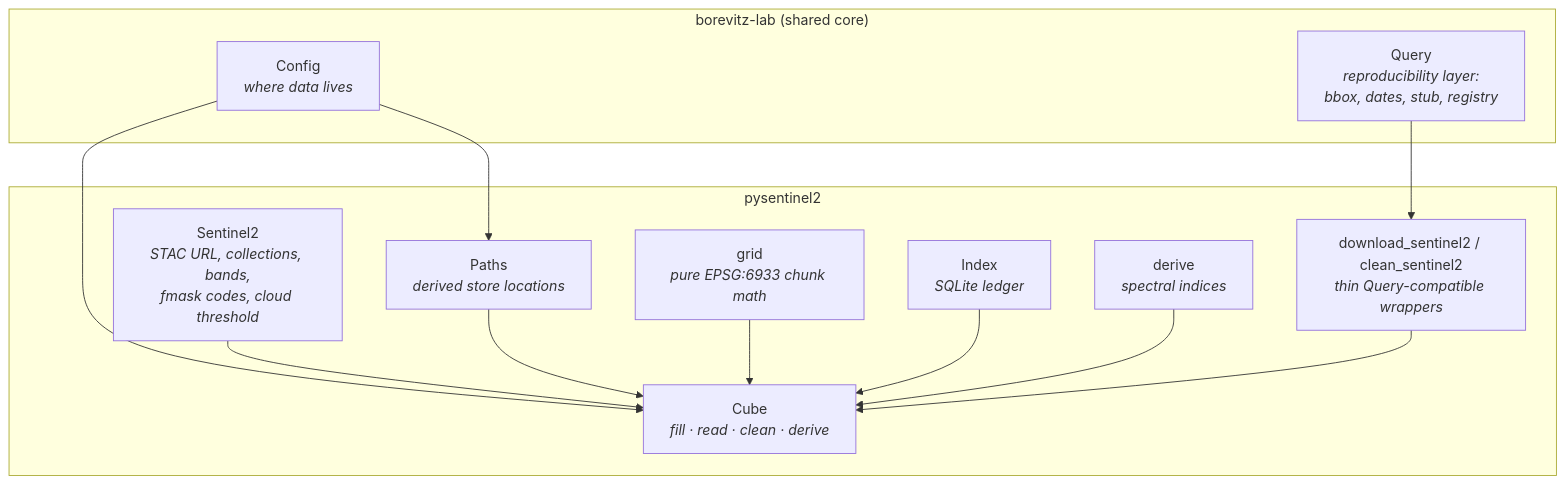
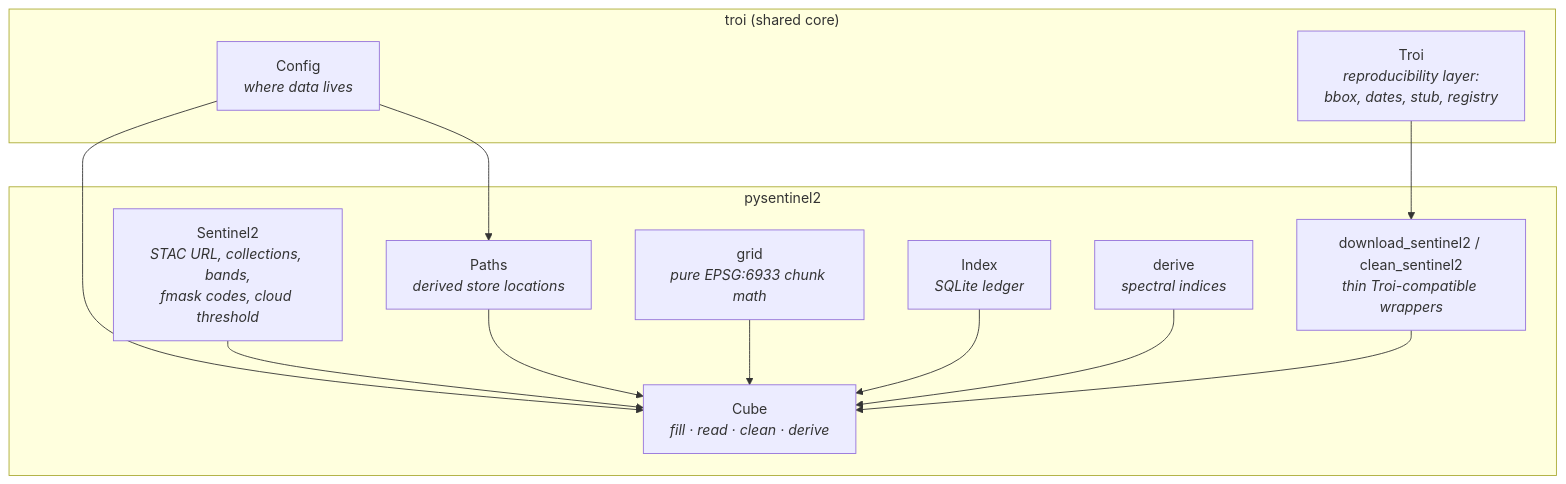
Before and after one commit to thestochasticman/pysentinel2: the first of 2 diagrams in docs/architecture.md, drawn with Mermaid. The commit also changed other lines of this file and 12 other files, not shown here.

First line of the commit message:
Adopt troi: borevitz_lab.Query is now troi.Troi

````diff
--- a/docs/architecture.md
+++ b/docs/architecture.md
@@ -10,26 +10,26 @@
 ```mermaid
 flowchart TD
-    subgraph borevitz_lab["borevitz-lab (shared core)"]
+    subgraph troi["troi (shared core)"]
         CFG["Config<br/><i>where data lives</i>"]
-        QRY["Query<br/><i>reproducibility layer:<br/>bbox, dates, stub, registry</i>"]
+        QRY["Troi<br/><i>reproducibility layer:<br/>bbox, dates, stub, registry</i>"]
     end
 
     subgraph pysentinel2
         S2["Sentinel2<br/><i>STAC URL, collections, bands,<br/>fmask codes, cloud threshold</i>"]
         P["Paths<br/><i>derived store locations</i>"]
         G["grid<br/><i>pure EPSG:6933 chunk math</i>"]
         IX["Index<br/><i>SQLite ledger</i>"]
         CB["Cube<br/><i>fill · read · clean · derive</i>"]
         DRV["derive<br/><i>spectral indices</i>"]
-        DL["download_sentinel2 / clean_sentinel2<br/><i>thin Query-compatible wrappers</i>"]
+        DL["download_sentinel2 / clean_sentinel2<br/><i>thin Troi-compatible wrappers</i>"]
     end
 
     CFG --> P
     CFG --> CB
     S2 --> CB
     P --> CB
     G --> CB
     IX --> CB
     DRV --> CB
     QRY --> DL --> CB
 ```
````
